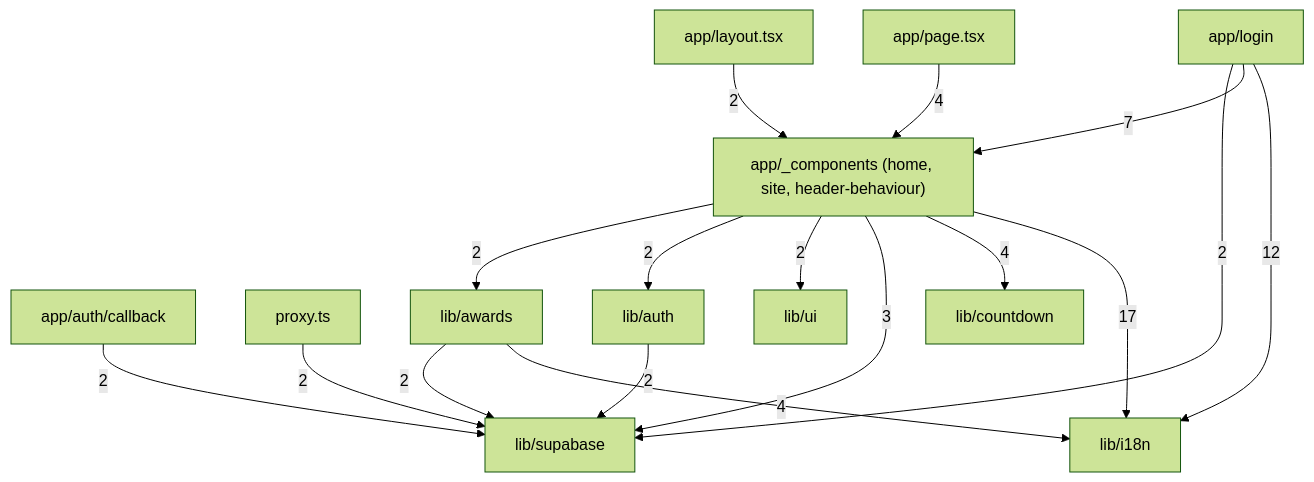
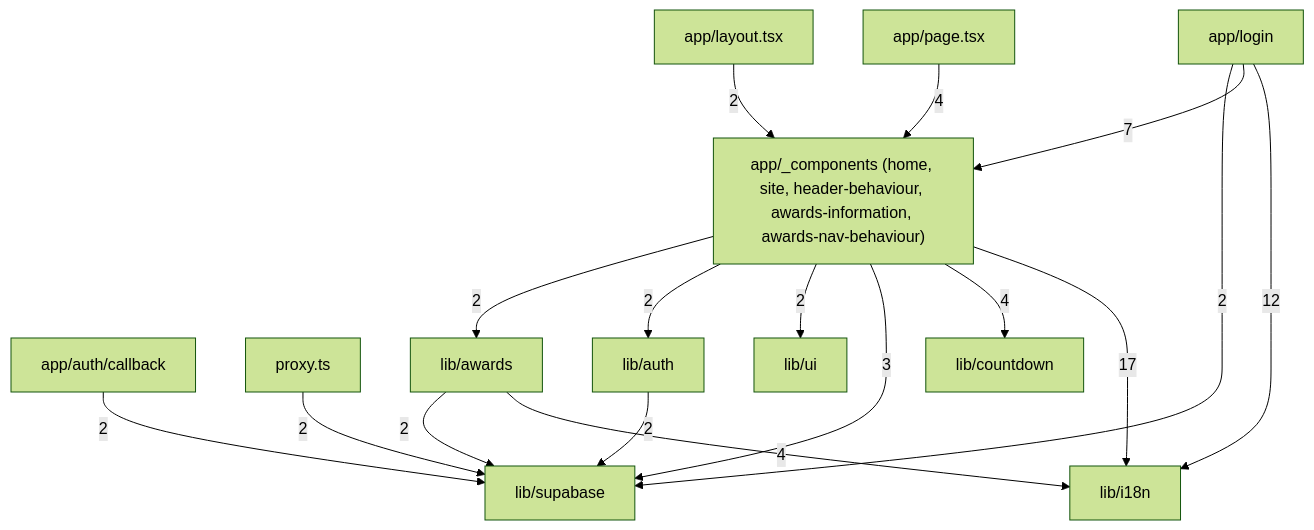
The second of 4 diagrams in docs/system/architecture.md (lannp-3774/agentic-coding-hands-on), drawn with Mermaid (forest theme) before and after one commit. The commit also changed other lines of this file and 23 other files, not shown here.

First line of the commit message:
docs(spec): add F004 awards information spec and sync generated docs

````diff
--- a/docs/system/architecture.md
+++ b/docs/system/architecture.md
@@ -59,31 +59,31 @@
 ```mermaid
 graph TD
     page["app/page.tsx"]
     layout["app/layout.tsx"]
-    comp["app/_components (home, site, header-behaviour)"]
+    comp["app/_components (home, site, header-behaviour, awards-information, awards-nav-behaviour)"]
     login["app/login"]
     callback["app/auth/callback"]
     proxy["proxy.ts"]
     lsup["lib/supabase"]
     lauth["lib/auth"]
     lawards["lib/awards"]
     lcount["lib/countdown"]
     li18n["lib/i18n"]
     lui["lib/ui"]
     page -->|4| comp
     layout -->|2| comp
     comp -->|17| li18n
     comp -->|4| lcount
     comp -->|3| lsup
     comp -->|2| lui
     comp -->|2| lauth
     comp -->|2| lawards
     login -->|12| li18n
     login -->|7| comp
     login -->|2| lsup
     callback -->|2| lsup
     lauth -->|2| lsup
     lawards -->|4| li18n
     lawards -->|2| lsup
     proxy -->|2| lsup
 ```
````
